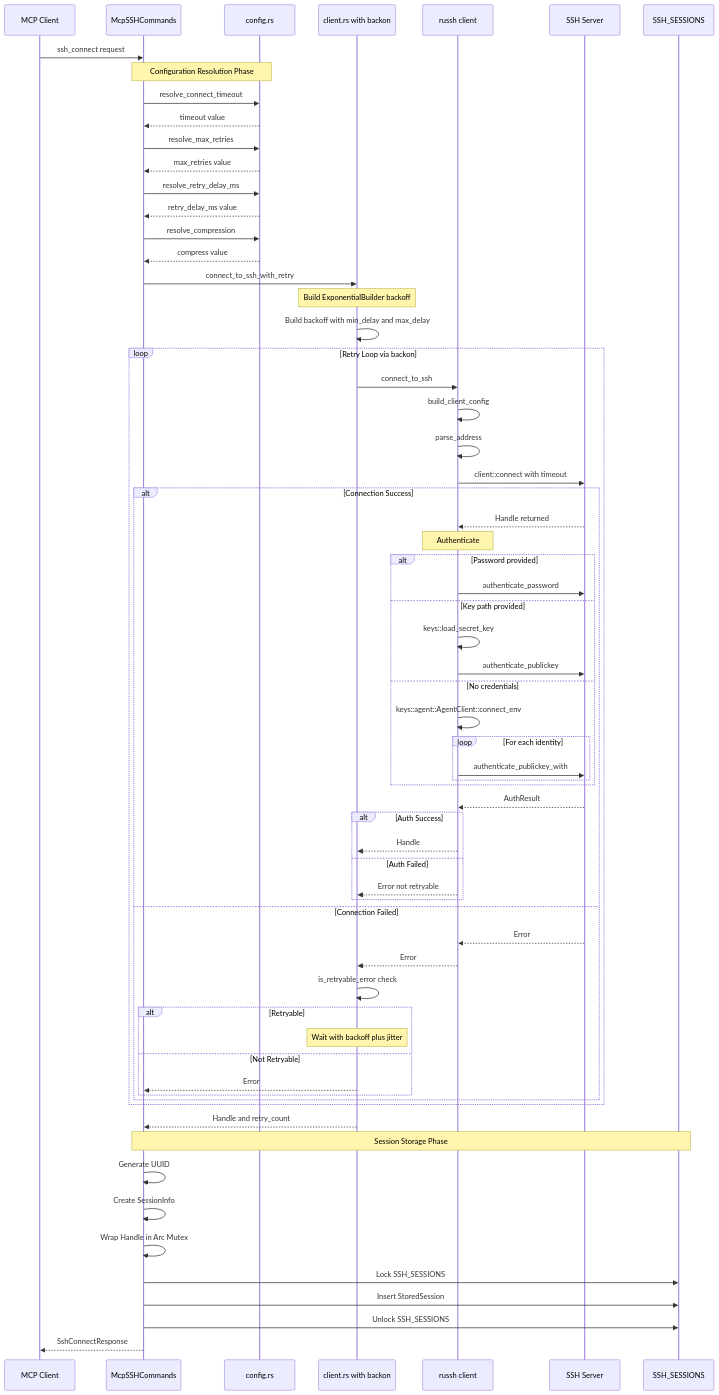
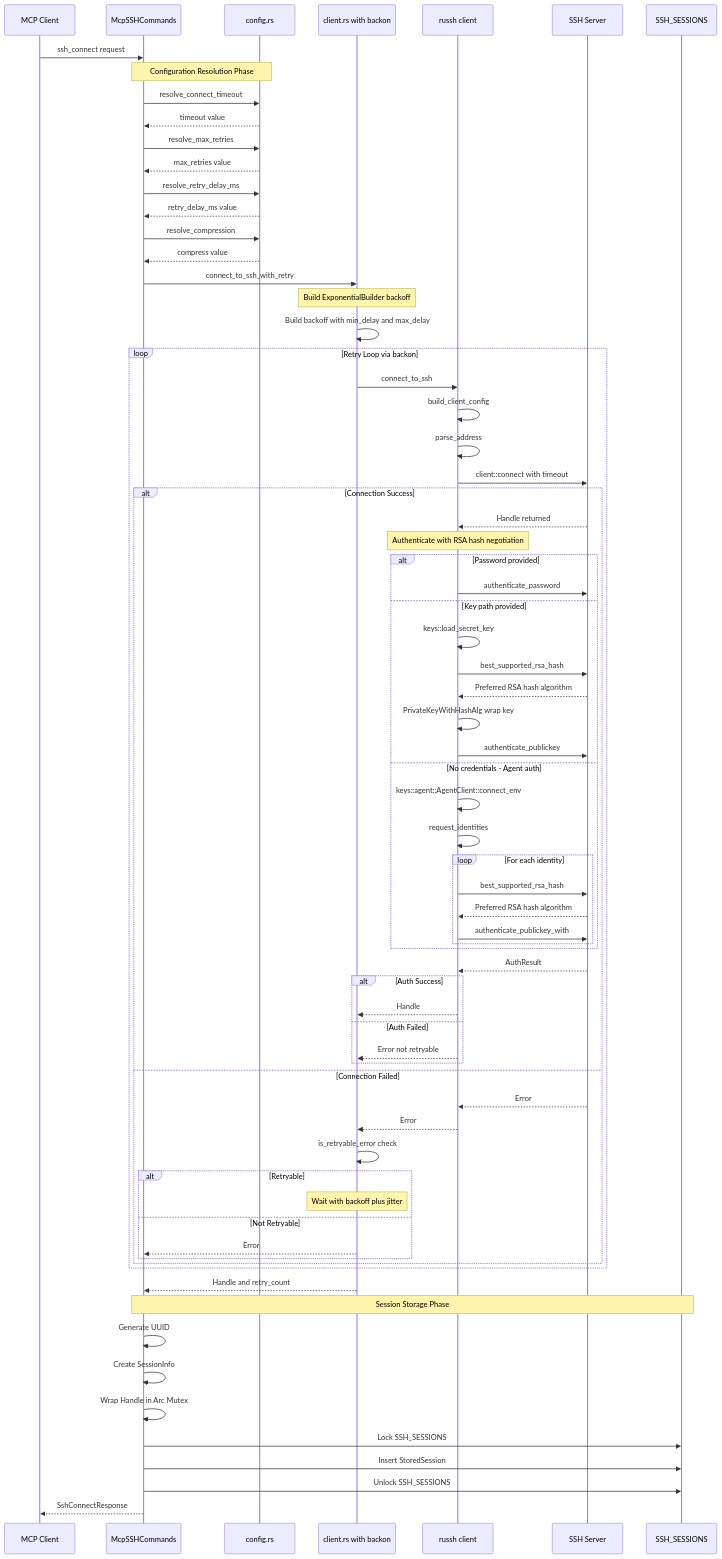
The second of 15 diagrams in docs/FLOWS.md (farchanjo/ssh-mcp), drawn with Mermaid before and after one commit. The commit also changed other lines of this file and 3 other files, not shown here.

First line of the commit message:
docs: update all documentation for RSA hash and modular architecture

````diff
--- a/docs/FLOWS.md
+++ b/docs/FLOWS.md
@@ -79,76 +79,82 @@
 ```mermaid
 sequenceDiagram
     participant Client as MCP Client
     participant Cmd as McpSSHCommands
     participant Config as config.rs
     participant Retry as client.rs with backon
     participant SSH as russh client
     participant Server as SSH Server
     participant Store as SSH_SESSIONS
 
     Client->>Cmd: ssh_connect request
 
     Note over Cmd,Config: Configuration Resolution Phase
     Cmd->>Config: resolve_connect_timeout
     Config-->>Cmd: timeout value
     Cmd->>Config: resolve_max_retries
     Config-->>Cmd: max_retries value
     Cmd->>Config: resolve_retry_delay_ms
     Config-->>Cmd: retry_delay_ms value
     Cmd->>Config: resolve_compression
     Config-->>Cmd: compress value
 
     Cmd->>Retry: connect_to_ssh_with_retry
 
     Note over Retry: Build ExponentialBuilder backoff
     Retry->>Retry: Build backoff with min_delay and max_delay
 
     loop Retry Loop via backon
         Retry->>SSH: connect_to_ssh
         SSH->>SSH: build_client_config
         SSH->>SSH: parse_address
         SSH->>Server: client::connect with timeout
         alt Connection Success
             Server-->>SSH: Handle returned
-            Note over SSH: Authenticate
+            Note over SSH: Authenticate with RSA hash negotiation
             alt Password provided
                 SSH->>Server: authenticate_password
             else Key path provided
                 SSH->>SSH: keys::load_secret_key
+                SSH->>Server: best_supported_rsa_hash
+                Server-->>SSH: Preferred RSA hash algorithm
+                SSH->>SSH: PrivateKeyWithHashAlg wrap key
                 SSH->>Server: authenticate_publickey
-            else No credentials
+            else No credentials - Agent auth
                 SSH->>SSH: keys::agent::AgentClient::connect_env
+                SSH->>SSH: request_identities
                 loop For each identity
+                    SSH->>Server: best_supported_rsa_hash
+                    Server-->>SSH: Preferred RSA hash algorithm
                     SSH->>Server: authenticate_publickey_with
                 end
             end
             Server-->>SSH: AuthResult
             alt Auth Success
                 SSH-->>Retry: Handle
             else Auth Failed
                 SSH-->>Retry: Error not retryable
             end
         else Connection Failed
             Server-->>SSH: Error
             SSH-->>Retry: Error
             Retry->>Retry: is_retryable_error check
             alt Retryable
                 Note over Retry: Wait with backoff plus jitter
             else Not Retryable
                 Retry-->>Cmd: Error
             end
         end
     end
 
     Retry-->>Cmd: Handle and retry_count
 
     Note over Cmd,Store: Session Storage Phase
     Cmd->>Cmd: Generate UUID
     Cmd->>Cmd: Create SessionInfo
     Cmd->>Cmd: Wrap Handle in Arc Mutex
     Cmd->>Store: Lock SSH_SESSIONS
     Cmd->>Store: Insert StoredSession
     Cmd->>Store: Unlock SSH_SESSIONS
 
     Cmd-->>Client: SshConnectResponse
 ```
````
